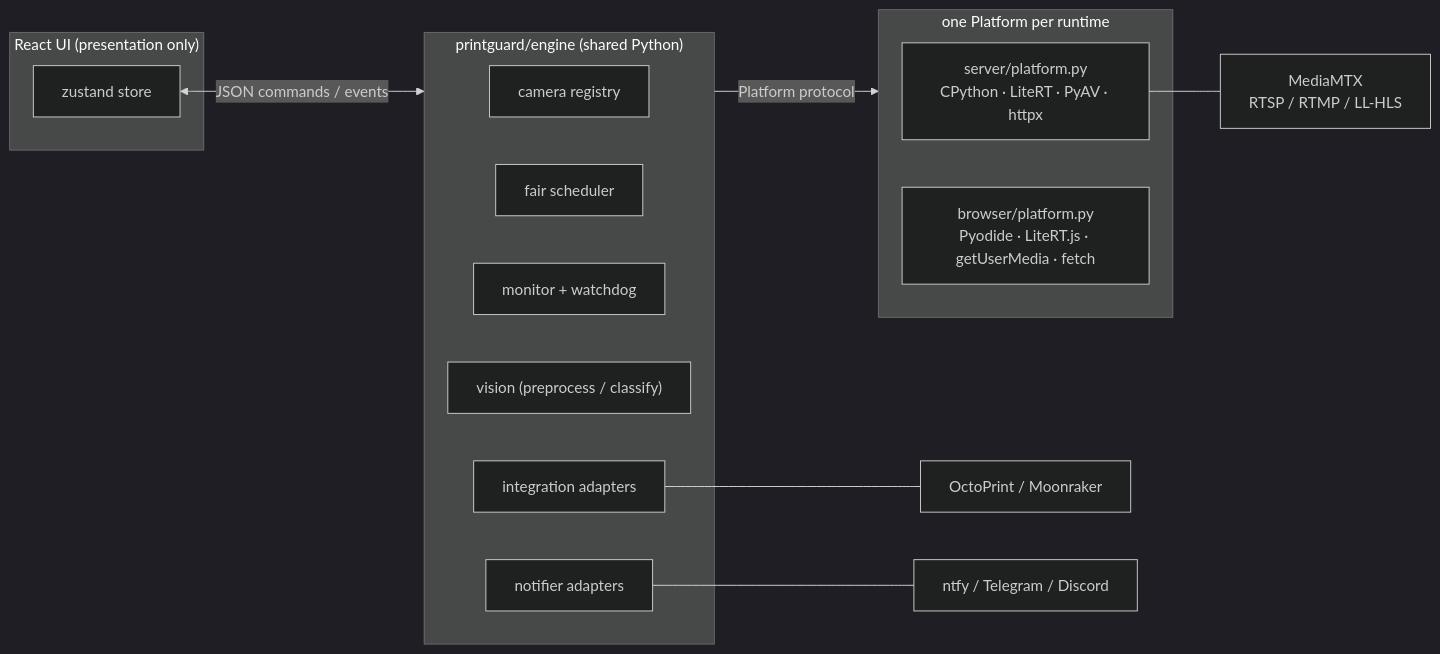
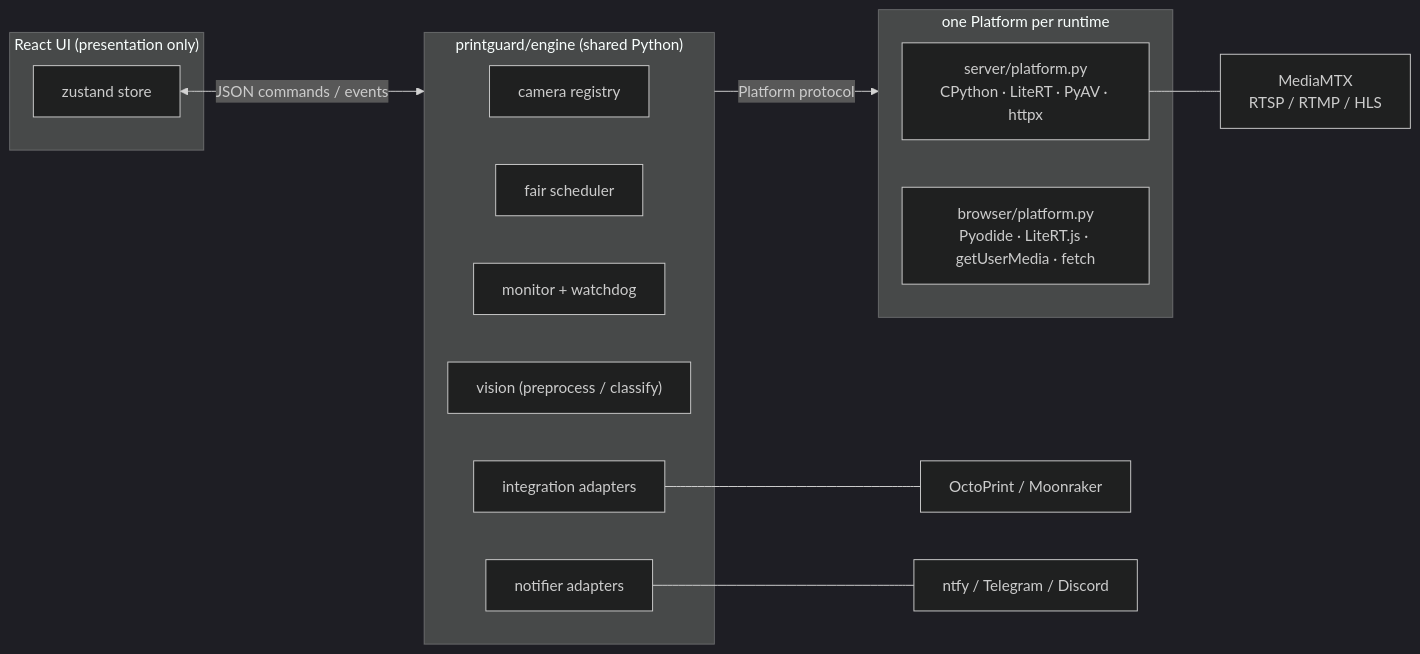
The first of 2 diagrams in docs/architecture.md (oliverbravery/PrintGuard), drawn with Mermaid (dark theme) before and after one commit. The commit also changed 3 other files, not shown here.

````diff
--- a/docs/architecture.md
+++ b/docs/architecture.md
@@ -8,28 +8,28 @@
 ```mermaid
 flowchart LR
     subgraph UI["React UI (presentation only)"]
         store["zustand store"]
     end
 
     store <-- "JSON commands / events" --> engine
 
     subgraph engine["printguard/engine (shared Python)"]
         registry["camera registry"]
         scheduler["fair scheduler"]
         monitor["monitor + watchdog"]
         vision["vision (preprocess / classify)"]
         integrations["integration adapters"]
         notifiers["notifier adapters"]
     end
 
     engine -- "Platform protocol" --> platform
 
     subgraph platform["one Platform per runtime"]
         server["server/platform.py<br/>CPython · LiteRT · PyAV · httpx"]
         browser["browser/platform.py<br/>Pyodide · LiteRT.js · getUserMedia · fetch"]
     end
 
-    server --- mediamtx["MediaMTX<br/>RTSP / RTMP / LL-HLS"]
+    server --- mediamtx["MediaMTX<br/>RTSP / RTMP / HLS"]
     integrations --- printersvc["OctoPrint / Moonraker"]
     notifiers --- push["ntfy / Telegram / Discord"]
 ```
````
